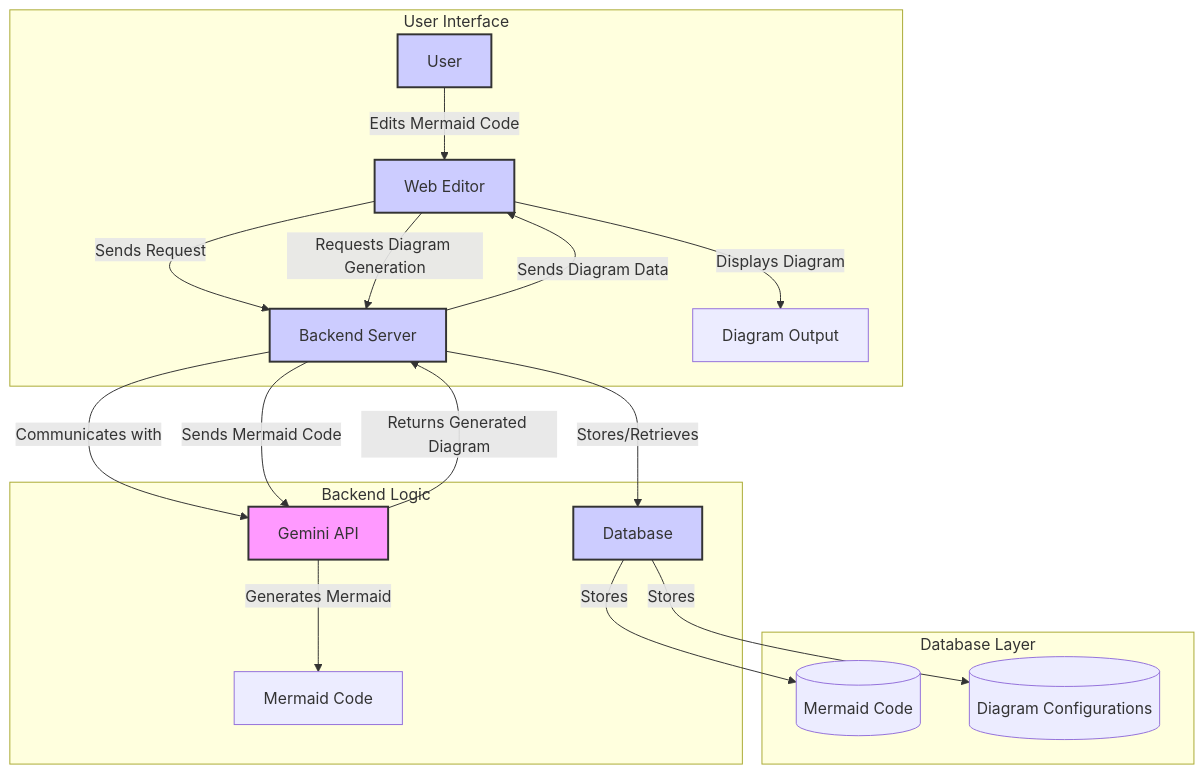
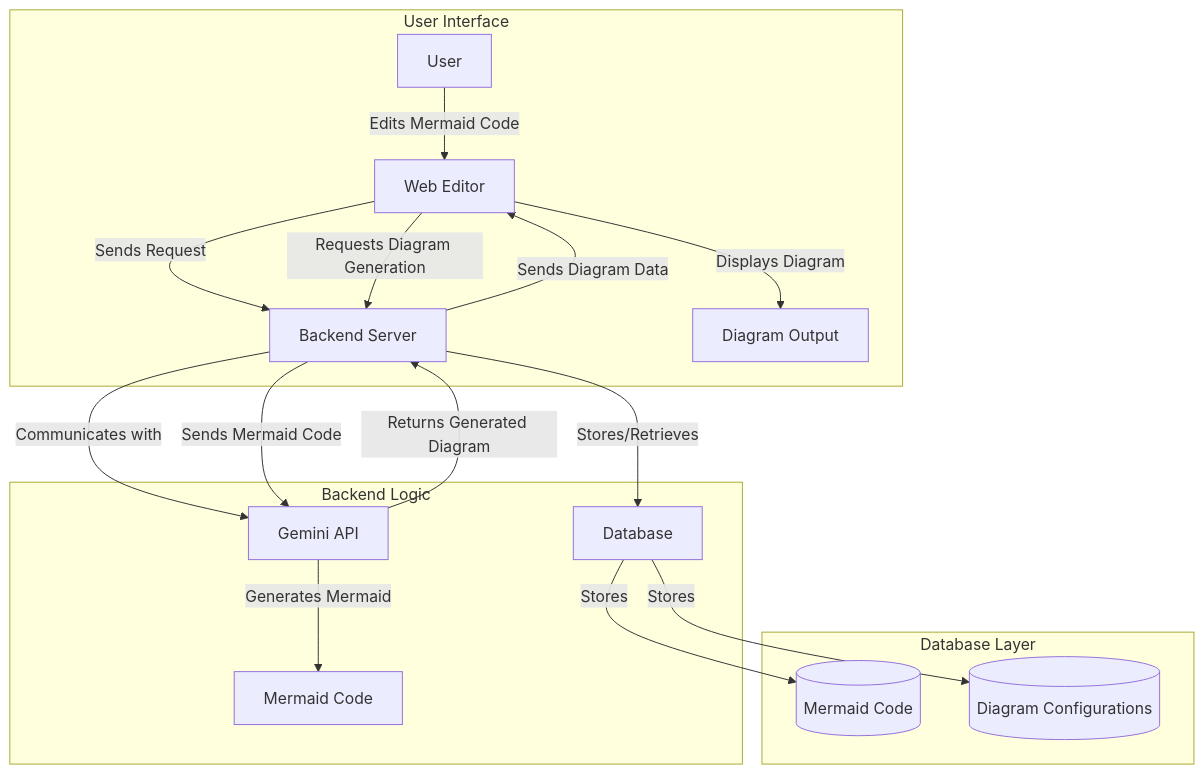
One commit to Swarnendu0123/dmaid.cloud changed the diagram in README.md. Above: the diagram before and after it, drawn with Mermaid.

Commit message:
Remove unnecessary style definitions from the architecture diagram in README.md

````diff
--- a/README.md
+++ b/README.md
@@ -7,30 +7,24 @@
 ```mermaid 
 graph TD;
     subgraph User Interface
         User[User] -->|Edits Mermaid Code| WebEditor[Web Editor]
         WebEditor -->|Sends Request| Backend[Backend Server]
         WebEditor -->|Displays Diagram| Diagram[Diagram Output]
     end
 
     subgraph Backend Logic
         Backend -->|Communicates with| API[Gemini API]
         API -->|Generates Mermaid| MermaidCode[Mermaid Code]
         Backend -->|Stores/Retrieves| Database[Database]
     end
 
     subgraph Database Layer
         Database -->|Stores| CodeData[(Mermaid Code)]
         Database -->|Stores| DiagramData[(Diagram Configurations)]
     end
 
     WebEditor -->|Requests Diagram Generation| Backend
     Backend -->|Sends Mermaid Code| API
     API -->|Returns Generated Diagram| Backend
     Backend -->|Sends Diagram Data| WebEditor
-
-    style API fill:#f9f,stroke:#333,stroke-width:2px
-    style Backend fill:#ccf,stroke:#333,stroke-width:2px
-    style Database fill:#ccf,stroke:#333,stroke-width:2px
-    style WebEditor fill:#ccf,stroke:#333,stroke-width:2px
-    style User fill:#ccf,stroke:#333,stroke-width:2px
 ```
````
